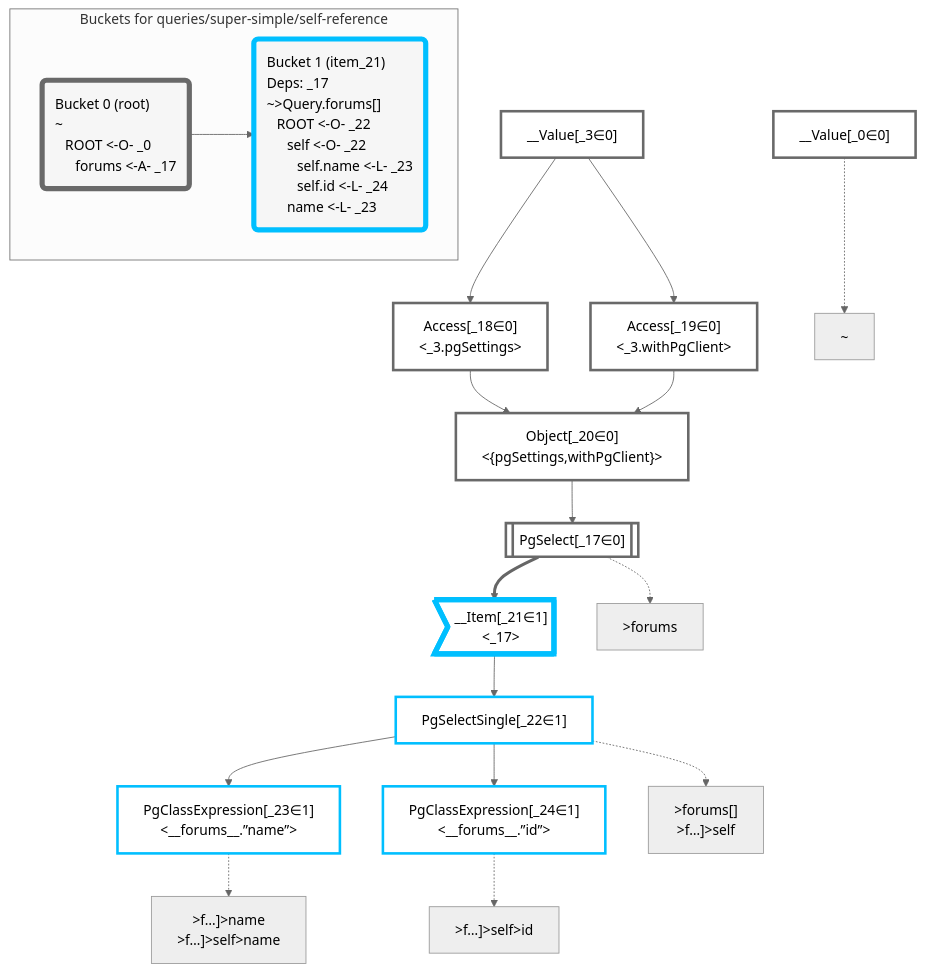
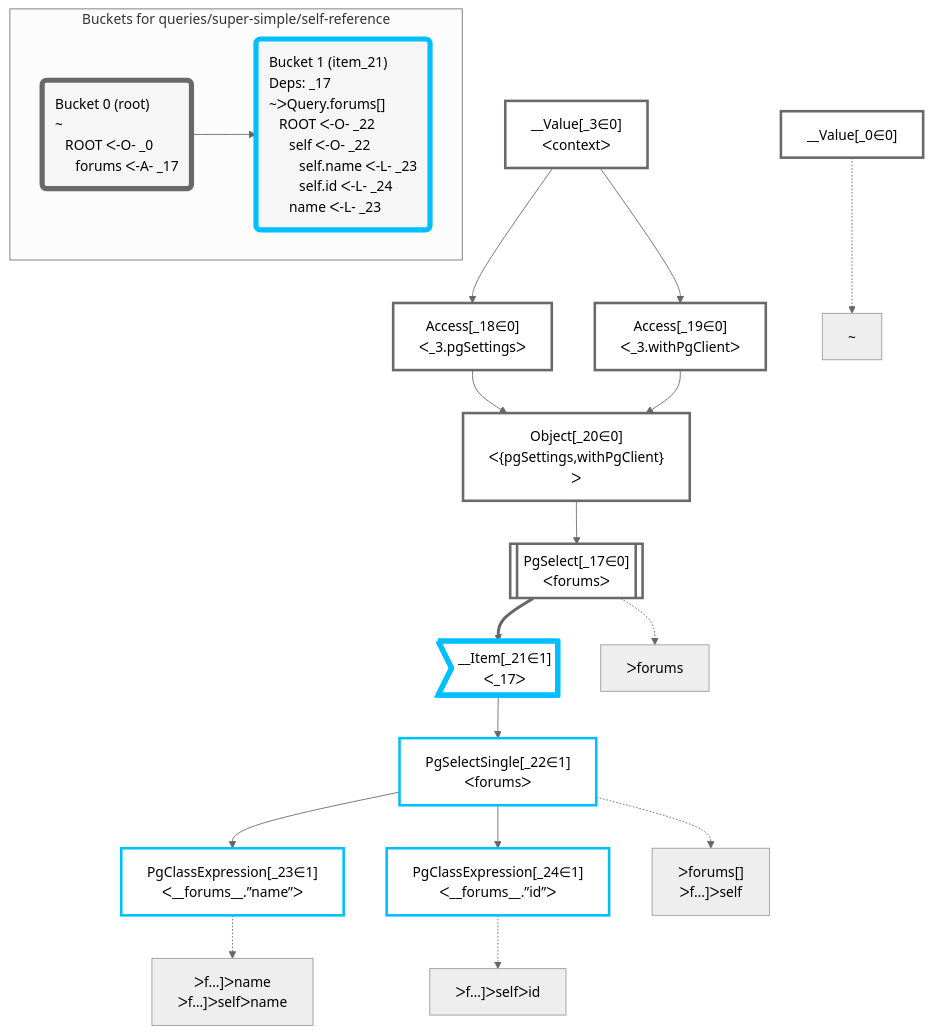
One commit to graphile/crystal changed the diagram in packages/dataplan-pg/__tests__/queries/super-simple/self-reference.deopt.mermaid.md. Above: the diagram before and after it, drawn with Mermaid (neutral theme). The commit also changed 195 other files, not shown here.

````diff
--- a/packages/dataplan-pg/__tests__/queries/super-simple/self-reference.deopt.mermaid.md
+++ b/packages/dataplan-pg/__tests__/queries/super-simple/self-reference.deopt.mermaid.md
@@ -1,58 +1,58 @@
 ```mermaid
 graph TD
     classDef path fill:#eee,stroke:#000,color:#000
     classDef plan fill:#fff,stroke-width:3px,color:#000
     classDef itemplan fill:#fff,stroke-width:6px,color:#000
     classDef sideeffectplan fill:#f00,stroke-width:6px,color:#000
     classDef bucket fill:#f6f6f6,color:#000,stroke-width:6px,text-align:left
 
 
     %% define plans
     __Value_0["__Value[_0∈0]"]:::plan
-    __Value_3["__Value[_3∈0]<br /><context>"]:::plan
-    PgSelect_17[["PgSelect[_17∈0]<br /><forums>"]]:::plan
-    Access_18["Access[_18∈0]<br /><_3.pgSettings>"]:::plan
-    Access_19["Access[_19∈0]<br /><_3.withPgClient>"]:::plan
-    Object_20["Object[_20∈0]<br /><{pgSettings,withPgClient}>"]:::plan
-    __Item_21>"__Item[_21∈1]<br /><_17>"]:::itemplan
-    PgSelectSingle_22["PgSelectSingle[_22∈1]<br /><forums>"]:::plan
-    PgClassExpression_23["PgClassExpression[_23∈1]<br /><__forums__.”name”>"]:::plan
-    PgClassExpression_24["PgClassExpression[_24∈1]<br /><__forums__.”id”>"]:::plan
+    __Value_3["__Value[_3∈0]<br />ᐸcontextᐳ"]:::plan
+    PgSelect_17[["PgSelect[_17∈0]<br />ᐸforumsᐳ"]]:::plan
+    Access_18["Access[_18∈0]<br />ᐸ_3.pgSettingsᐳ"]:::plan
+    Access_19["Access[_19∈0]<br />ᐸ_3.withPgClientᐳ"]:::plan
+    Object_20["Object[_20∈0]<br />ᐸ{pgSettings,withPgClient}ᐳ"]:::plan
+    __Item_21>"__Item[_21∈1]<br />ᐸ_17ᐳ"]:::itemplan
+    PgSelectSingle_22["PgSelectSingle[_22∈1]<br />ᐸforumsᐳ"]:::plan
+    PgClassExpression_23["PgClassExpression[_23∈1]<br />ᐸ__forums__.”name”ᐳ"]:::plan
+    PgClassExpression_24["PgClassExpression[_24∈1]<br />ᐸ__forums__.”id”ᐳ"]:::plan
 
     %% plan dependencies
     Object_20 --> PgSelect_17
     __Value_3 --> Access_18
     __Value_3 --> Access_19
     Access_18 --> Object_20
     Access_19 --> Object_20
     PgSelect_17 ==> __Item_21
     __Item_21 --> PgSelectSingle_22
     PgSelectSingle_22 --> PgClassExpression_23
     PgSelectSingle_22 --> PgClassExpression_24
 
     %% plan-to-path relationships
     P_0["~"]
     __Value_0 -.-> P_0
-    P_17[">forums"]
+    P_17["ᐳforums"]
     PgSelect_17 -.-> P_17
-    P_22[">forums[]<br />>f…]>self"]
+    P_22["ᐳforums[]<br />ᐳf…]ᐳself"]
     PgSelectSingle_22 -.-> P_22
-    P_23[">f…]>name<br />>f…]>self>name"]
+    P_23["ᐳf…]ᐳname<br />ᐳf…]ᐳselfᐳname"]
     PgClassExpression_23 -.-> P_23
-    P_24[">f…]>self>id"]
+    P_24["ᐳf…]ᐳselfᐳid"]
     PgClassExpression_24 -.-> P_24
 
     %% allocate buckets
     classDef bucket0 stroke:#696969
     class __Value_0,__Value_3,PgSelect_17,Access_18,Access_19,Object_20 bucket0
     classDef bucket1 stroke:#00bfff
     class __Item_21,PgSelectSingle_22,PgClassExpression_23,PgClassExpression_24 bucket1
 
     subgraph "Buckets for queries/super-simple/self-reference"
-    Bucket0("Bucket 0 (root)<br />~<br />⠀ROOT <-O- _0<br />⠀⠀forums <-A- _17"):::bucket
+    Bucket0("Bucket 0 (root)<br />~<br />⠀ROOT ᐸ-O- _0<br />⠀⠀forums ᐸ-A- _17"):::bucket
     style Bucket0 stroke:#696969
-    Bucket1("Bucket 1 (item_21)<br />Deps: _17<br />~>Query.forums[]<br />⠀ROOT <-O- _22<br />⠀⠀self <-O- _22<br />⠀⠀⠀self.name <-L- _23<br />⠀⠀⠀self.id <-L- _24<br />⠀⠀name <-L- _23"):::bucket
+    Bucket1("Bucket 1 (item_21)<br />Deps: _17<br />~ᐳQuery.forums[]<br />⠀ROOT ᐸ-O- _22<br />⠀⠀self ᐸ-O- _22<br />⠀⠀⠀self.name ᐸ-L- _23<br />⠀⠀⠀self.id ᐸ-L- _24<br />⠀⠀name ᐸ-L- _23"):::bucket
     style Bucket1 stroke:#00bfff
     Bucket0 --> Bucket1
     end
 ```
````
